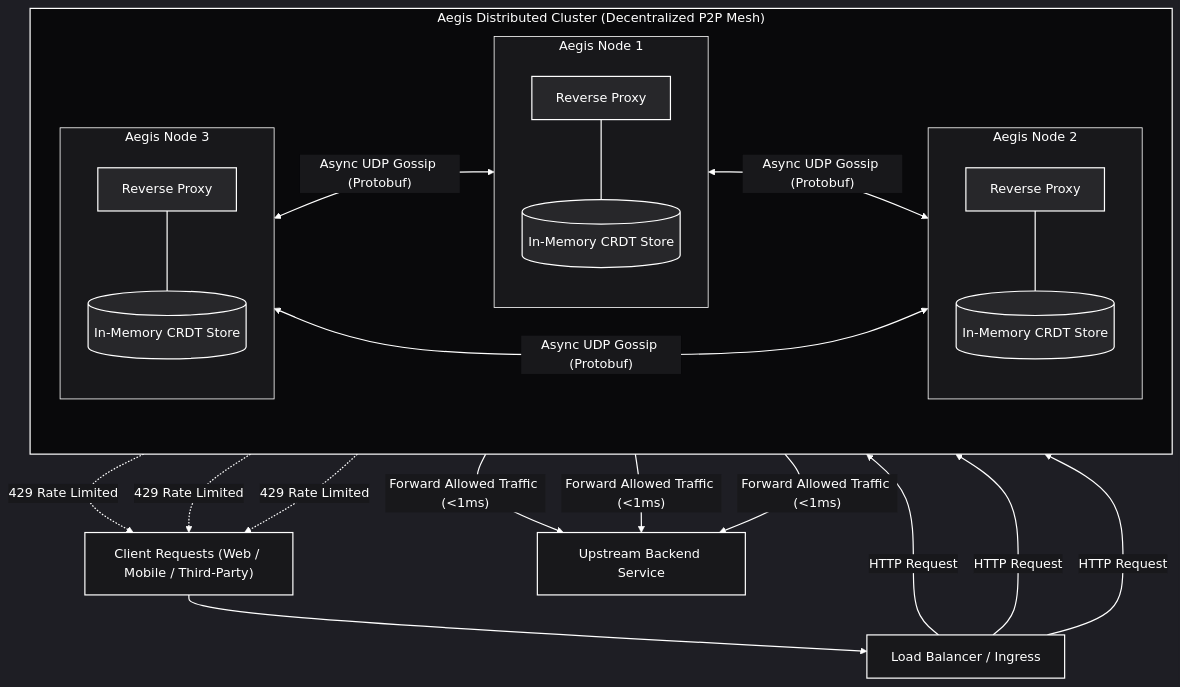
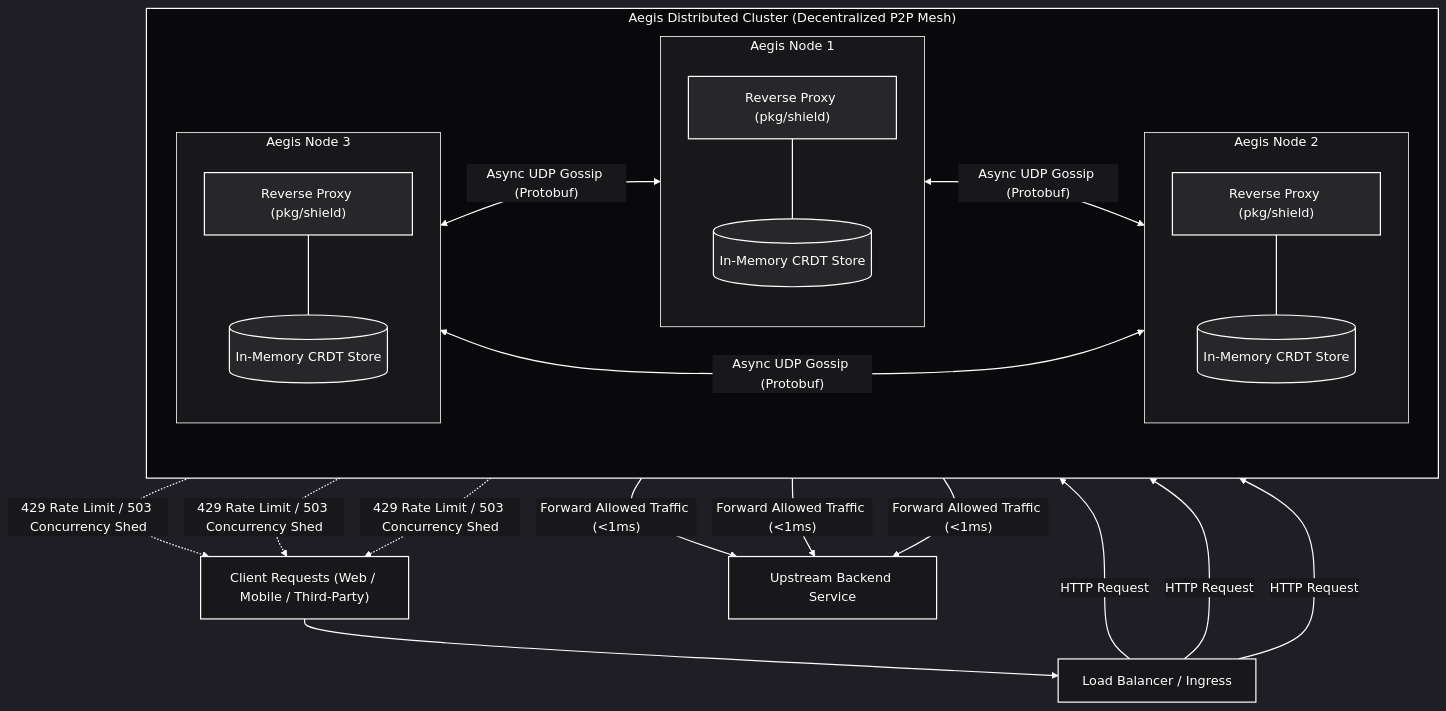
The second of 3 diagrams in README.md (dhanraj-12/Aegis), drawn with Mermaid before and after one commit. The commit also changed other lines of this file and 1 other file, not shown here.

Commit message:
docs: update GEMINI.md roadmap and README.md with TCP Vegas LLD diagram

````diff
--- a/README.md
+++ b/README.md
@@ -85,55 +92,55 @@
 ```mermaid
 %%{init: {'theme': 'dark', 'themeVariables': { 'darkMode': true, 'background': '#09090b', 'mainBkg': '#18181b', 'primaryColor': '#18181b', 'primaryBorderColor': '#ffffff', 'primaryTextColor': '#ffffff', 'lineColor': '#ffffff', 'textColor': '#ffffff', 'nodeBorder': '#ffffff', 'clusterBkg': '#09090b', 'clusterBorder': '#ffffff', 'edgeLabelBackground': '#18181b' }}}%%
 flowchart TD
     classDef dark fill:#18181b,stroke:#ffffff,stroke-width:1.5px,color:#ffffff;
     classDef innerDark fill:#27272a,stroke:#ffffff,stroke-width:1.5px,color:#ffffff;
 
     Clients["Client Requests (Web / Mobile / Third-Party)"]:::dark --> LB["Load Balancer / Ingress"]:::dark
 
     subgraph AegisCluster["Aegis Distributed Cluster (Decentralized P2P Mesh)"]
         direction LR
 
         subgraph Node1["Aegis Node 1"]
             direction TB
-            Proxy1["Reverse Proxy"]:::innerDark
+            Proxy1["Reverse Proxy (pkg/shield)"]:::innerDark
             CRDT1[("In-Memory CRDT Store")]:::innerDark
             Proxy1 --- CRDT1
         end
 
         subgraph Node2["Aegis Node 2"]
             direction TB
-            Proxy2["Reverse Proxy"]:::innerDark
+            Proxy2["Reverse Proxy (pkg/shield)"]:::innerDark
             CRDT2[("In-Memory CRDT Store")]:::innerDark
             Proxy2 --- CRDT2
         end
 
         subgraph Node3["Aegis Node 3"]
             direction TB
-            Proxy3["Reverse Proxy"]:::innerDark
+            Proxy3["Reverse Proxy (pkg/shield)"]:::innerDark
             CRDT3[("In-Memory CRDT Store")]:::innerDark
             Proxy3 --- CRDT3
         end
 
         Node1 <-->|"Async UDP Gossip (Protobuf)"| Node2
         Node2 <-->|"Async UDP Gossip (Protobuf)"| Node3
         Node3 <-->|"Async UDP Gossip (Protobuf)"| Node1
     end
 
     LB -->|"HTTP Request"| Proxy1
     LB -->|"HTTP Request"| Proxy2
     LB -->|"HTTP Request"| Proxy3
 
     Proxy1 -->|"Forward Allowed Traffic (<1ms)"| Backend["Upstream Backend Service"]:::dark
     Proxy2 -->|"Forward Allowed Traffic (<1ms)"| Backend
     Proxy3 -->|"Forward Allowed Traffic (<1ms)"| Backend
 
-    Proxy1 -.->|"429 Rate Limited"| Clients
-    Proxy2 -.->|"429 Rate Limited"| Clients
-    Proxy3 -.->|"429 Rate Limited"| Clients
+    Proxy1 -.->|"429 Rate Limit / 503 Concurrency Shed"| Clients
+    Proxy2 -.->|"429 Rate Limit / 503 Concurrency Shed"| Clients
+    Proxy3 -.->|"429 Rate Limit / 503 Concurrency Shed"| Clients
 
     style AegisCluster fill:#09090b,stroke:#ffffff,stroke-width:1.5px,color:#ffffff
     style Node1 fill:#18181b,stroke:#ffffff,stroke-width:1px,color:#ffffff
     style Node2 fill:#18181b,stroke:#ffffff,stroke-width:1px,color:#ffffff
     style Node3 fill:#18181b,stroke:#ffffff,stroke-width:1px,color:#ffffff
     linkStyle default stroke:#ffffff,stroke-width:1.5px,color:#ffffff
 ```
````
